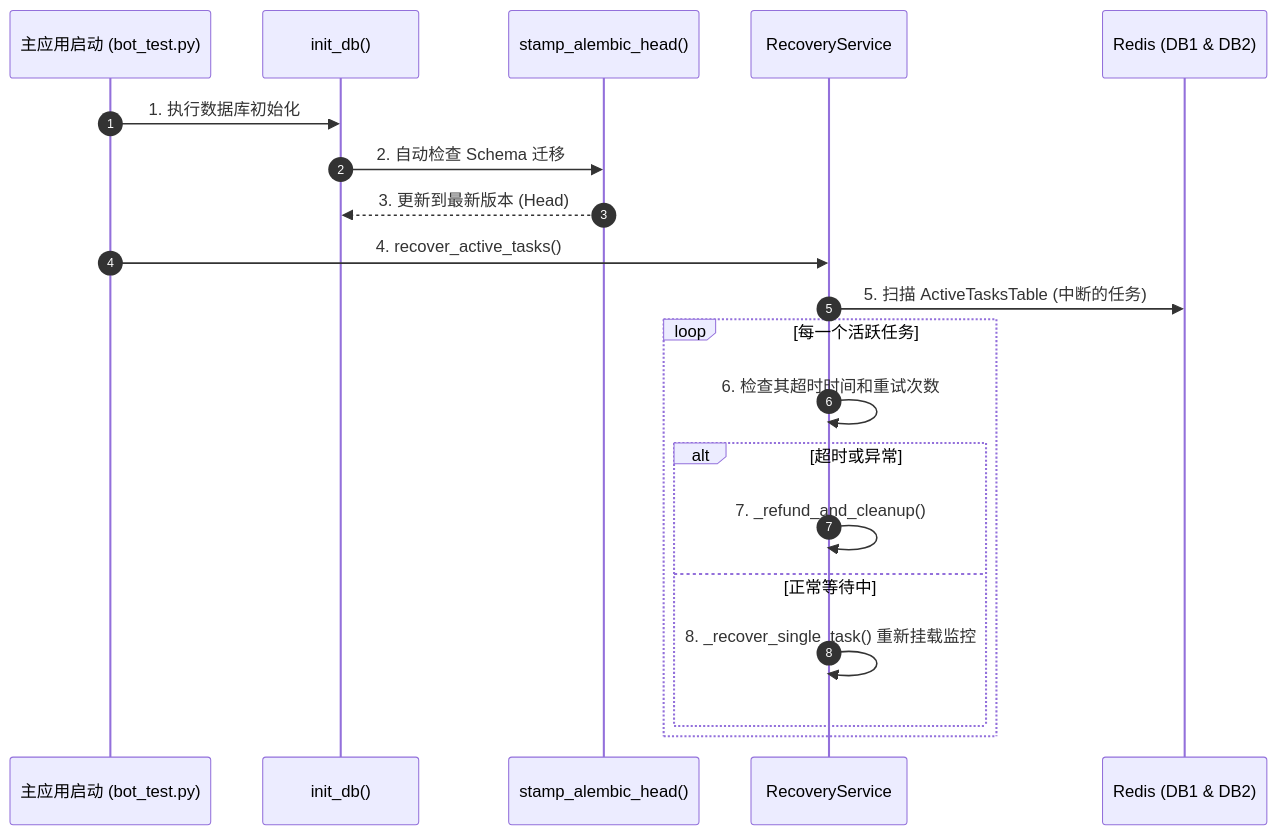
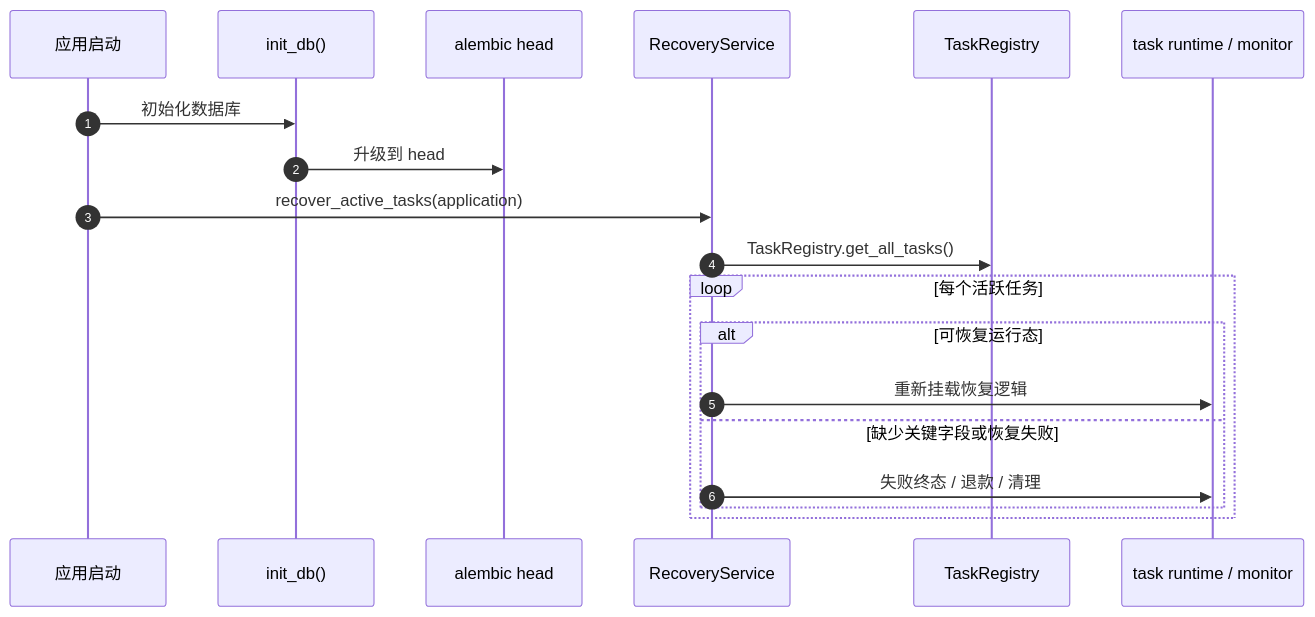
One commit to giraffu/All_bot changed the diagram in docs/子模块_容灾与持久化_database_recovery.md. Above: the diagram before and after it, drawn with Mermaid. The commit also changed other lines of this file and 22 other files, not shown here.

````diff
--- a/docs/子模块_容灾与持久化_database_recovery.md
+++ b/docs/子模块_容灾与持久化_database_recovery.md
@@ -8,23 +12,22 @@
 ```mermaid
 sequenceDiagram
     autonumber
-    participant Bot as 主应用启动 (bot_test.py)
+    participant App as 应用启动
     participant DB as init_db()
-    participant Alembic as stamp_alembic_head()
+    participant Alembic as alembic head
     participant RS as RecoveryService
-    participant Redis as Redis (DB1 & DB2)
+    participant Registry as TaskRegistry
+    participant Runtime as task runtime / monitor
 
-    Bot->>DB: 1. 执行数据库初始化
-    DB->>Alembic: 2. 自动检查 Schema 迁移
-    Alembic-->>DB: 3. 更新到最新版本 (Head)
-    Bot->>RS: 4. recover_active_tasks()
-    RS->>Redis: 5. 扫描 ActiveTasksTable (中断的任务)
-    loop 每一个活跃任务
-        RS->>RS: 6. 检查其超时时间和重试次数
-        alt 超时或异常
-            RS->>RS: 7. _refund_and_cleanup()
-        else 正常等待中
-            RS->>RS: 8. _recover_single_task() 重新挂载监控
+    App->>DB: 初始化数据库
+    DB->>Alembic: 升级到 head
+    App->>RS: recover_active_tasks(application)
+    RS->>Registry: TaskRegistry.get_all_tasks()
+    loop 每个活跃任务
+        alt 可恢复运行态
+            RS->>Runtime: 重新挂载恢复逻辑
+        else 缺少关键字段或恢复失败
+            RS->>Runtime: 失败终态 / 退款 / 清理
         end
     end
 ```
````
